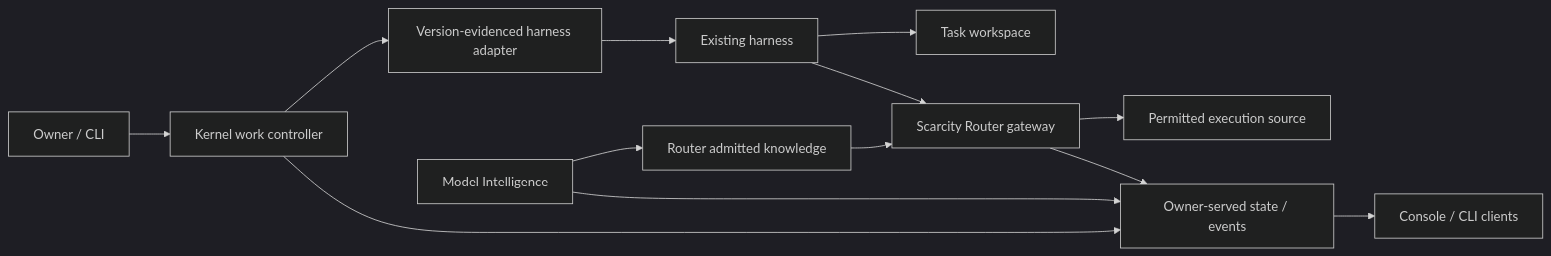
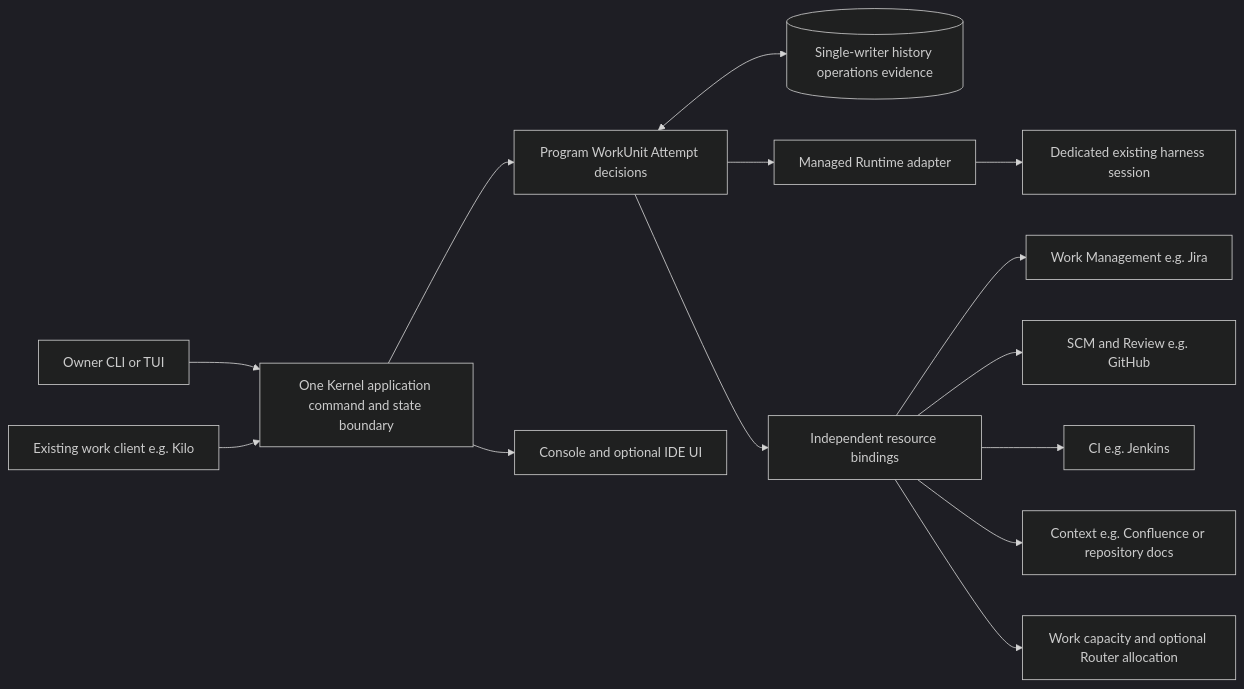
The first of 2 diagrams in docs/architecture/target.md (creatidy/creatidy-kernel), drawn with Mermaid (dark theme) before and after one commit. The commit also changed other lines of this file and 15 other files, not shown here.

Commit message:
docs: unify work coordination and driver architecture (#103)

````diff
--- a/docs/architecture/target.md
+++ b/docs/architecture/target.md
@@ -19,15 +17,16 @@
 ```mermaid
 flowchart LR
-    Owner[Owner / CLI] --> Kernel[Kernel work controller]
-    Kernel --> Adapter[Version-evidenced harness adapter]
-    Adapter --> Harness[Existing harness]
-    Harness --> Workspace[Task workspace]
-    Harness --> Gateway[Scarcity Router gateway]
-    Gateway --> Source[Permitted execution source]
-    MI[Model Intelligence] --> Router[Router admitted knowledge]
-    Router --> Gateway
-    Kernel --> View[Owner-served state / events]
-    Gateway --> View
-    MI --> View
-    View --> Console[Console / CLI clients]
+    User[Owner CLI or TUI] --> API[One Kernel application command and state boundary]
+    Pull[Existing work client e.g. Kilo] --> API
+    API --> Core[Program WorkUnit Attempt decisions]
+    Core <--> Store[(Single-writer history operations evidence)]
+    Core --> Push[Managed Runtime adapter]
+    Push --> Harness[Dedicated existing harness session]
+    Core --> Drivers[Independent resource bindings]
+    Drivers --> Work[Work Management e.g. Jira]
+    Drivers --> SCM[SCM and Review e.g. GitHub]
+    Drivers --> CI[CI e.g. Jenkins]
+    Drivers --> Knowledge[Context e.g. Confluence or repository docs]
+    Drivers --> Capacity[Work capacity and optional Router allocation]
+    API --> Views[Console and optional IDE UI]
 ```
````
